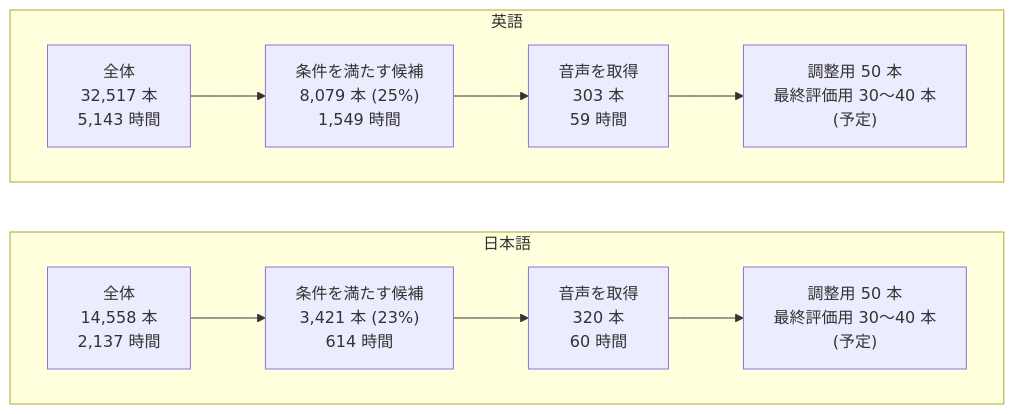
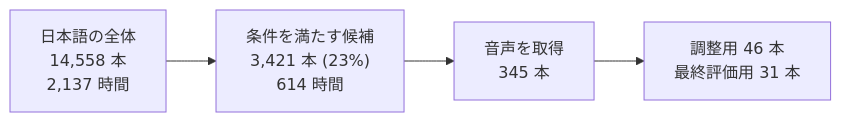
One commit to Mega-Gorilla/livecap-cli changed the third of 6 diagrams in docs/guides/benchmark/yodas2-longform-dataset.md. Above: the diagram before and after it, drawn with Mermaid. The commit also changed other lines of this file and 86 other files, not shown here.

````diff
--- a/docs/guides/benchmark/yodas2-longform-dataset.md
+++ b/docs/guides/benchmark/yodas2-longform-dataset.md
@@ -173,11 +177,4 @@
 ```mermaid
 flowchart LR
-    subgraph JA["日本語"]
-        direction LR
-        J1["全体<br/>14,558 本<br/>2,137 時間"] --> J2["条件を満たす候補<br/>3,421 本 (23%)<br/>614 時間"] --> J3["音声を取得<br/>320 本<br/>60 時間"] --> J4["調整用 50 本<br/>最終評価用 30〜40 本<br/>(予定)"]
-    end
-    subgraph EN["英語"]
-        direction LR
-        E1["全体<br/>32,517 本<br/>5,143 時間"] --> E2["条件を満たす候補<br/>8,079 本 (25%)<br/>1,549 時間"] --> E3["音声を取得<br/>303 本<br/>59 時間"] --> E4["調整用 50 本<br/>最終評価用 30〜40 本<br/>(予定)"]
-    end
+    J1["日本語の全体<br/>14,558 本<br/>2,137 時間"] --> J2["条件を満たす候補<br/>3,421 本 (23%)<br/>614 時間"] --> J3["音声を取得<br/>345 本"] --> J4["調整用 46 本<br/>最終評価用 31 本"]
 ```
````
